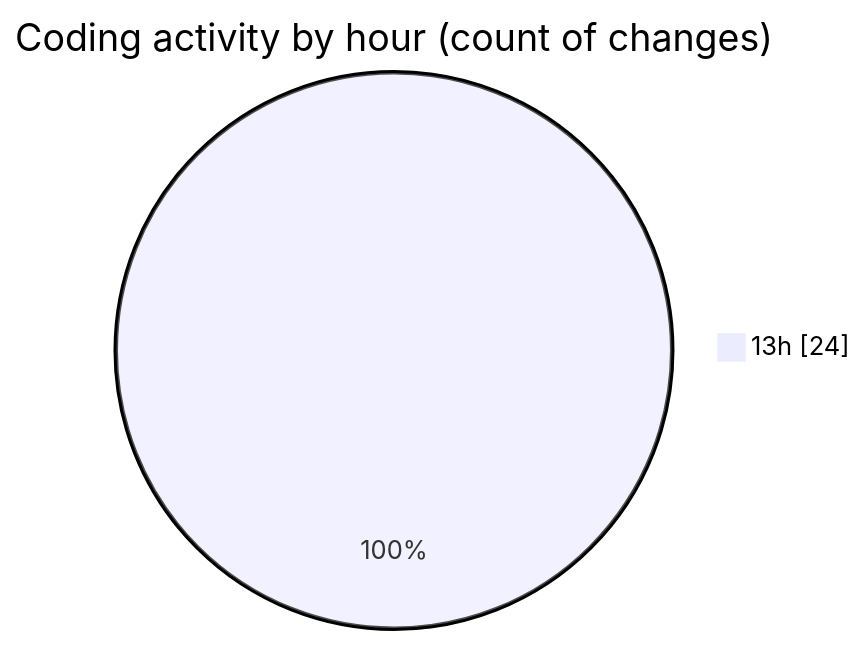
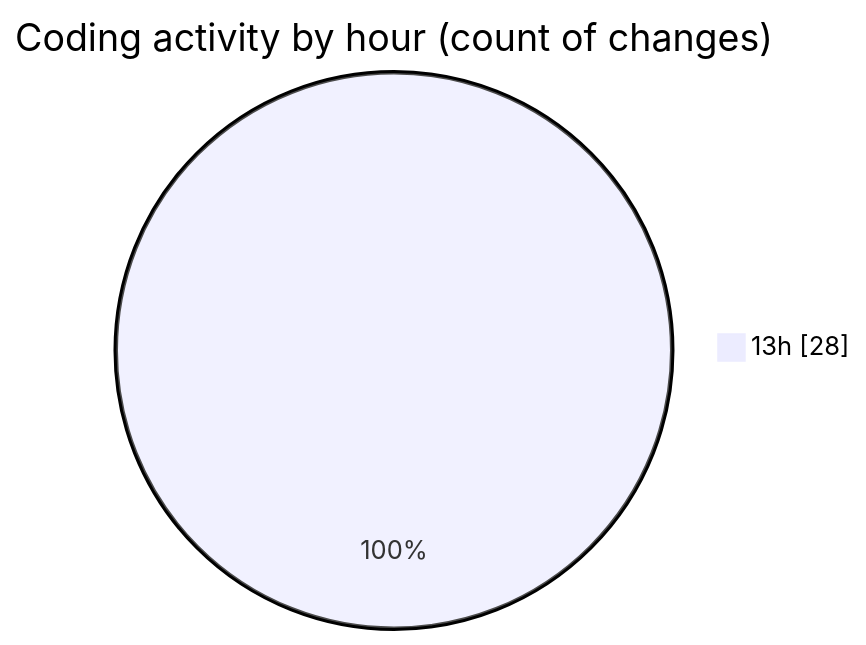
Before and after one commit to robertbonfada/code-tracking: the second of 2 diagrams in 2025-01-14/mbc-web/README.md, drawn with Mermaid. The commit also changed other lines of this file and 1 other file, not shown here.

````diff
--- a/2025-01-14/mbc-web/README.md
+++ b/2025-01-14/mbc-web/README.md
@@ -42,5 +43,5 @@
 ```mermaid
 pie showData
 title Coding activity by hour (count of changes)
-"13h" : 24
+"13h" : 28
 ```
````
